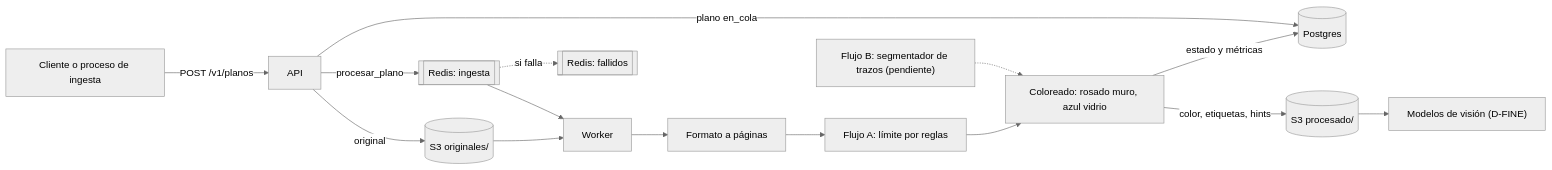
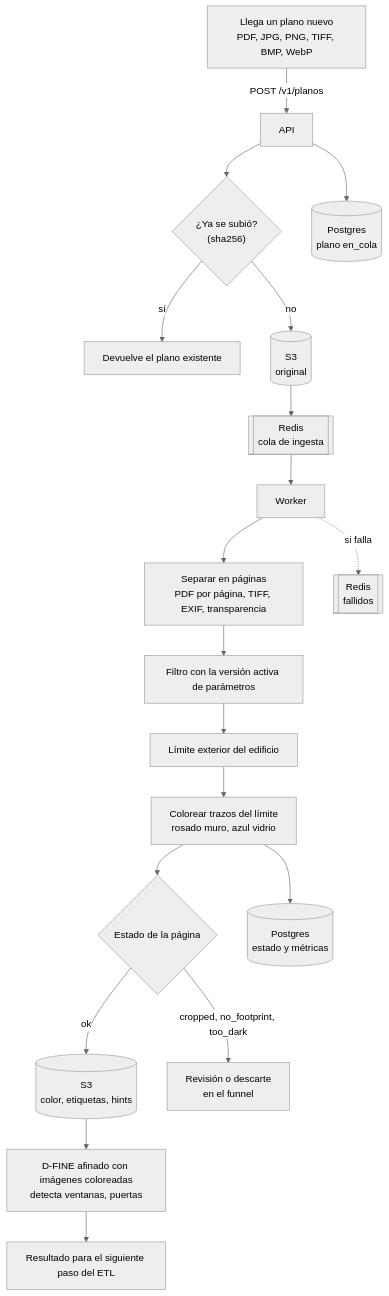
Before and after one commit to neylinsomne/ETL-CAD-Images: the second of 9 diagrams in docs/SISTEMA.md, drawn with Mermaid (neutral theme). The commit also changed other lines of this file and 5 other files, not shown here.

First line of the commit message:
Diagramas de flujo de producción y entrenamiento

````diff
--- a/docs/SISTEMA.md
+++ b/docs/SISTEMA.md
@@ -55,17 +57,21 @@
 ```mermaid
-flowchart LR
-    C["Cliente o proceso de ingesta"] -->|"POST /v1/planos"| API
-    API -->|"original"| S3o[("S3 originales/")]
-    API -->|"plano en_cola"| PG[("Postgres")]
-    API -->|"procesar_plano"| R[["Redis: ingesta"]]
-    R --> W["Worker"]
-    S3o --> W
-    W --> I["Formato a páginas"]
-    I --> A["Flujo A: límite por reglas"]
-    B["Flujo B: segmentador de trazos (pendiente)"] -.-> CL
-    A --> CL["Coloreado: rosado muro, azul vidrio"]
-    CL -->|"color, etiquetas, hints"| S3p[("S3 procesado/")]
-    CL -->|"estado y métricas"| PG
-    R -.->|"si falla"| F[["Redis: fallidos"]]
-    S3p --> V["Modelos de visión (D-FINE)"]
+flowchart TB
+    U["Llega un plano nuevo<br/>PDF, JPG, PNG, TIFF, BMP, WebP"] -->|"POST /v1/planos"| API["API"]
+    API --> DUP{"¿Ya se subió?<br/>(sha256)"}
+    DUP -->|"sí"| OLD["Devuelve el plano existente"]
+    DUP -->|"no"| S3O[("S3<br/>original")]
+    API --> PGA[("Postgres<br/>plano en_cola")]
+    S3O --> Q[["Redis<br/>cola de ingesta"]]
+    Q --> W["Worker"]
+    W --> PAG["Separar en páginas<br/>PDF por página, TIFF, EXIF, transparencia"]
+    PAG --> FIL["Filtro con la versión activa de parámetros"]
+    FIL --> LIM["Límite exterior del edificio"]
+    LIM --> COL["Colorear trazos del límite<br/>rosado muro, azul vidrio"]
+    COL --> EST{"Estado de la página"}
+    EST -->|"ok"| OUT[("S3<br/>color, etiquetas, hints")]
+    EST -->|"cropped, no_footprint, too_dark"| REV["Revisión o descarte<br/>en el funnel"]
+    COL --> PGB[("Postgres<br/>estado y métricas")]
+    W -.->|"si falla"| FAIL[["Redis<br/>fallidos"]]
+    OUT --> DF["D-FINE afinado con imágenes coloreadas<br/>detecta ventanas, puertas"]
+    DF --> RES["Resultado para el siguiente paso del ETL"]
 ```
````
